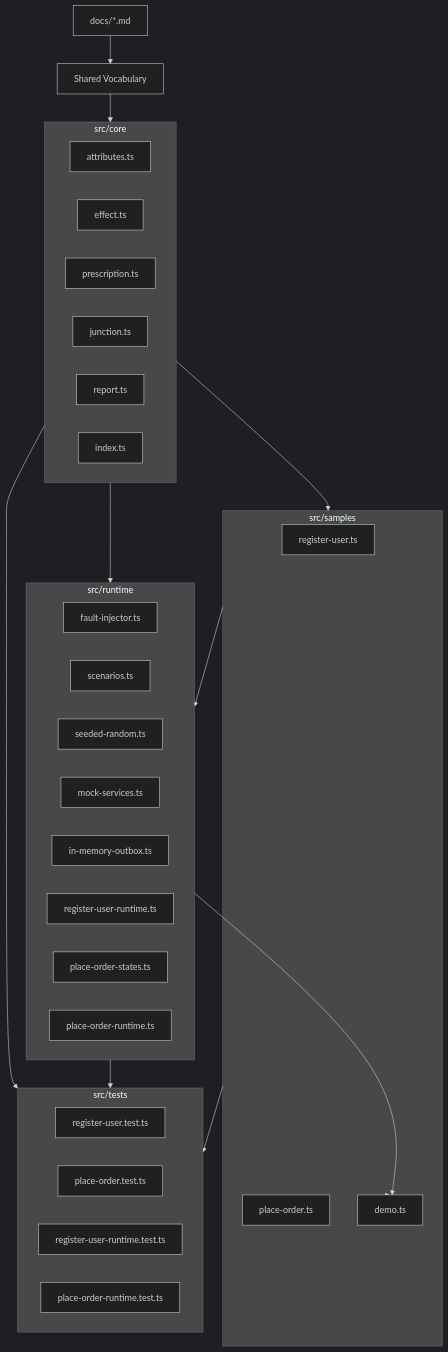
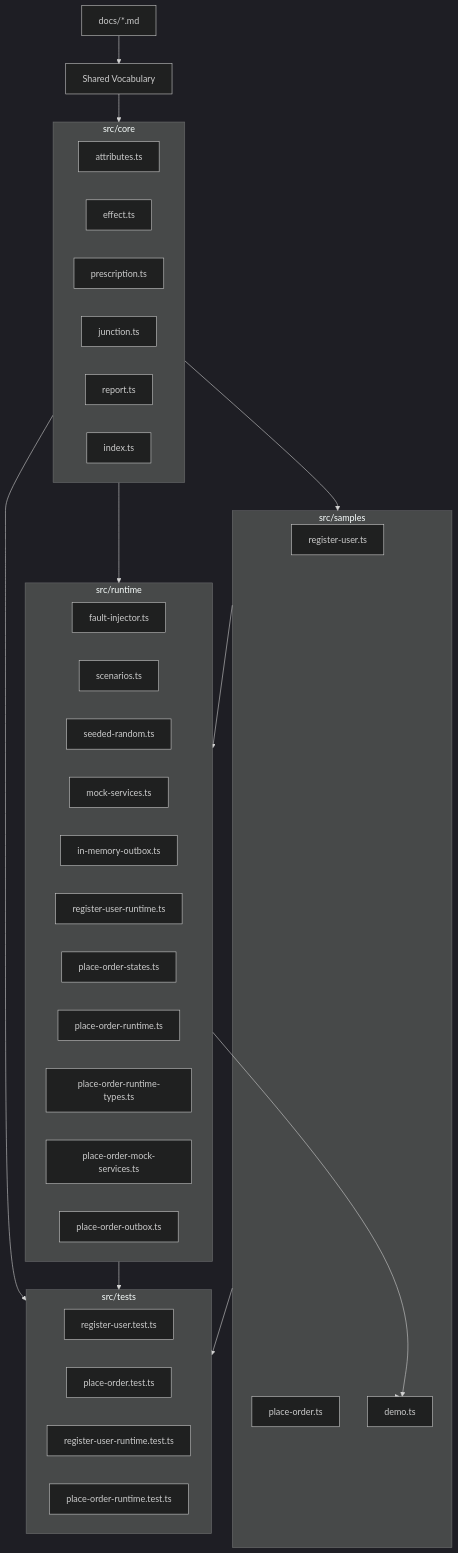
One commit to hayashikentaro/effect-junction changed the first of 9 diagrams in docs/11-implementation-map.md. Above: the diagram before and after it, drawn with Mermaid (dark theme). The commit also changed other lines of this file and 5 other files, not shown here.

Commit message:
Split PlaceOrder runtime files

````diff
--- a/docs/11-implementation-map.md
+++ b/docs/11-implementation-map.md
@@ -9,47 +9,50 @@
 ```mermaid
 flowchart TB
   Docs[docs/*.md] --> Vocabulary[Shared Vocabulary]
 
   subgraph Core["src/core"]
     Attributes[attributes.ts]
     Effect[effect.ts]
     Prescription[prescription.ts]
     Junction[junction.ts]
     Report[report.ts]
     CoreIndex[index.ts]
   end
 
   subgraph Samples["src/samples"]
     RegisterUser[register-user.ts]
     PlaceOrder[place-order.ts]
     Demo[demo.ts]
   end
 
   subgraph Runtime["src/runtime"]
     FaultInjector[fault-injector.ts]
     Scenarios[scenarios.ts]
     SeededRandom[seeded-random.ts]
     MockServices[mock-services.ts]
     Outbox[in-memory-outbox.ts]
     RegisterUserRuntime[register-user-runtime.ts]
     PlaceOrderStates[place-order-states.ts]
     PlaceOrderRuntime[place-order-runtime.ts]
+    PlaceOrderRuntimeTypes[place-order-runtime-types.ts]
+    PlaceOrderMockServices[place-order-mock-services.ts]
+    PlaceOrderOutbox[place-order-outbox.ts]
   end
 
   subgraph Tests["src/tests"]
     RegisterUserModelTests[register-user.test.ts]
     PlaceOrderModelTests[place-order.test.ts]
     RuntimeTests[register-user-runtime.test.ts]
     PlaceOrderRuntimeTests[place-order-runtime.test.ts]
   end
 
   Vocabulary --> Core
   Core --> Samples
   Core --> Runtime
   Samples --> Runtime
   Samples --> Demo
   Runtime --> Demo
   Core --> Tests
   Samples --> Tests
   Runtime --> Tests
 ```
````
